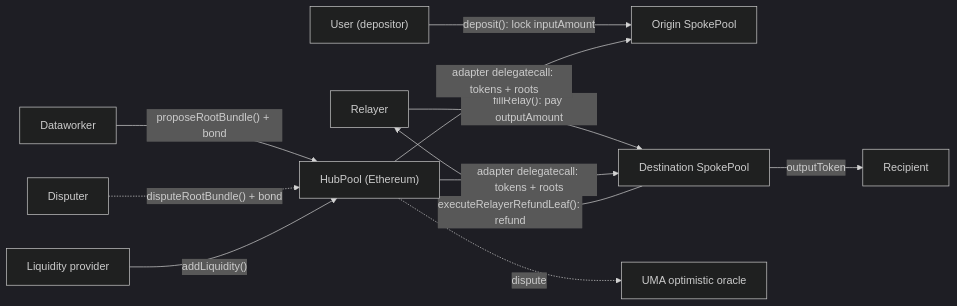
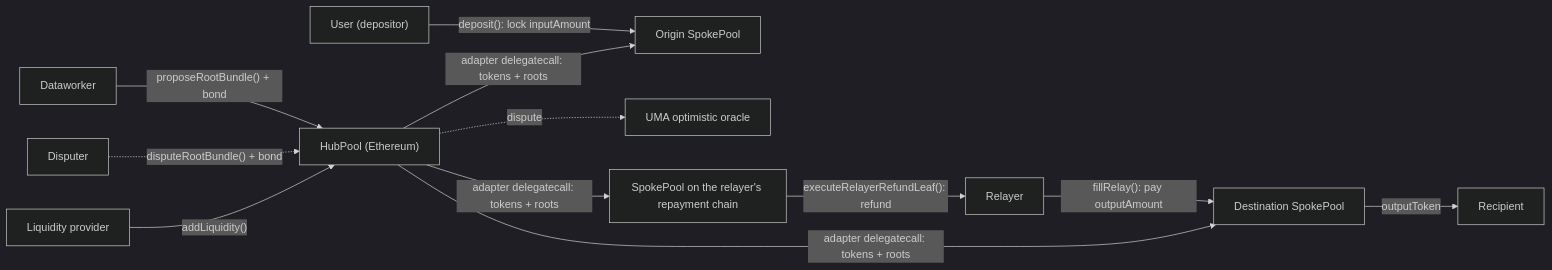
Before and after one commit to rya-sge/access-denied: the first of 4 diagrams in _posts/2026-11-23-across-protocol-intent-bridge.md, drawn with Mermaid (dark theme). The commit also changed other lines of this file and 24 other files, not shown here.

````diff
--- a/_posts/2026-11-23-across-protocol-intent-bridge.md
+++ b/_posts/2026-11-23-across-protocol-intent-bridge.md
@@ -47,13 +47,14 @@
 ```mermaid
 flowchart LR
     U["User (depositor)"] -->|"deposit(): lock inputAmount"| SO["Origin SpokePool"]
     R["Relayer"] -->|"fillRelay(): pay outputAmount"| SD["Destination SpokePool"]
     SD -->|"outputToken"| RC["Recipient"]
     DW["Dataworker"] -->|"proposeRootBundle() + bond"| HP["HubPool (Ethereum)"]
     DI["Disputer"] -.->|"disputeRootBundle() + bond"| HP
     HP -.->|"dispute"| OO["UMA optimistic oracle"]
     HP -->|"adapter delegatecall: tokens + roots"| SO
     HP -->|"adapter delegatecall: tokens + roots"| SD
+    HP -->|"adapter delegatecall: tokens + roots"| SR["SpokePool on the relayer's repayment chain"]
     LP["Liquidity provider"] -->|"addLiquidity()"| HP
-    SD -->|"executeRelayerRefundLeaf(): refund"| R
+    SR -->|"executeRelayerRefundLeaf(): refund"| R
 ```
````
